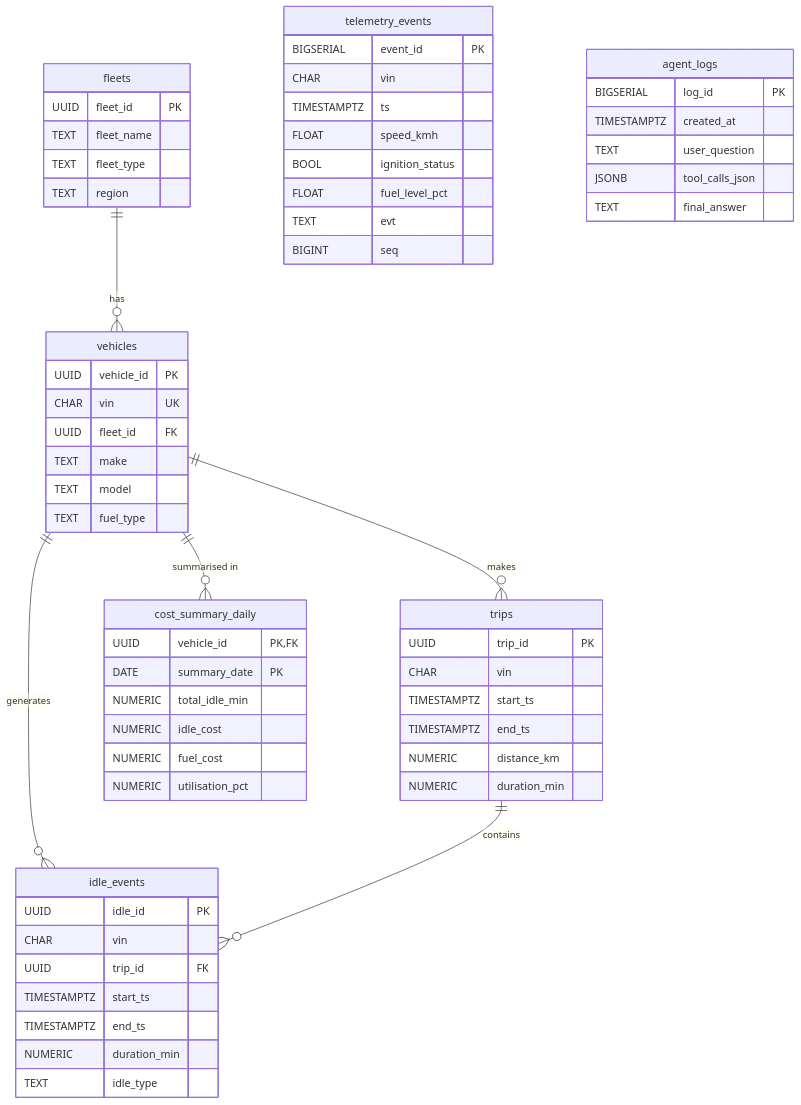
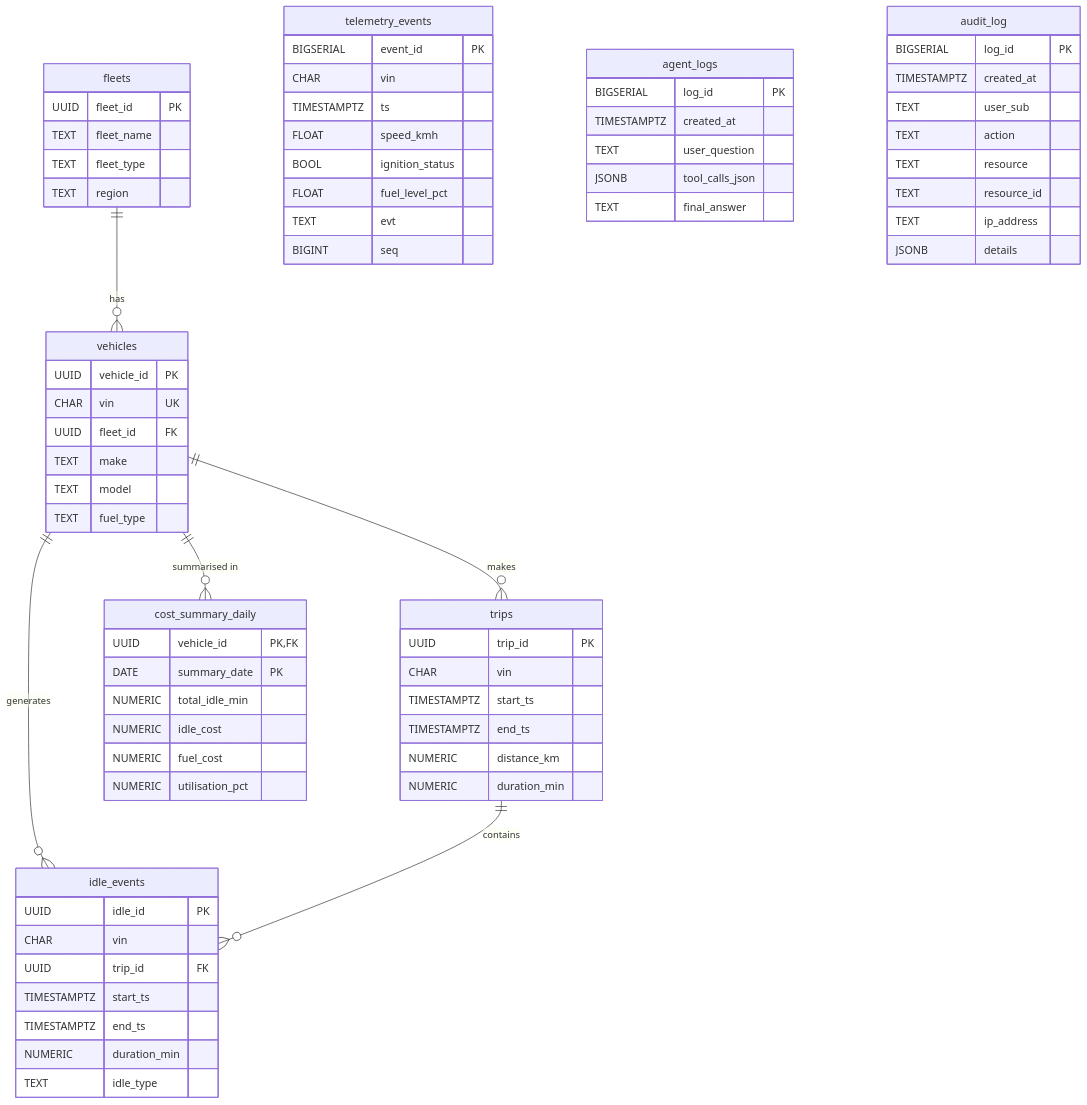
Before and after one commit to KT2006/Motorq-Hackathon: the fourth of 7 diagrams in docs/architecture.md, drawn with Mermaid. The commit also changed other lines of this file and 11 other files, not shown here.

Commit message:
Phase 2-6: smoke test, ADRs, security docs, K8s+Terraform, test coverage, architecture diagrams

````diff
--- a/docs/architecture.md
+++ b/docs/architecture.md
@@ -85,65 +85,75 @@
 ```mermaid
 erDiagram
     fleets {
         UUID fleet_id PK
         TEXT fleet_name
         TEXT fleet_type
         TEXT region
     }
     vehicles {
         UUID vehicle_id PK
         CHAR vin UK
         UUID fleet_id FK
         TEXT make
         TEXT model
         TEXT fuel_type
     }
     telemetry_events {
         BIGSERIAL event_id PK
         CHAR vin
         TIMESTAMPTZ ts
         FLOAT speed_kmh
         BOOL ignition_status
         FLOAT fuel_level_pct
         TEXT evt
         BIGINT seq
     }
     trips {
         UUID trip_id PK
         CHAR vin
         TIMESTAMPTZ start_ts
         TIMESTAMPTZ end_ts
         NUMERIC distance_km
         NUMERIC duration_min
     }
     idle_events {
         UUID idle_id PK
         CHAR vin
         UUID trip_id FK
         TIMESTAMPTZ start_ts
         TIMESTAMPTZ end_ts
         NUMERIC duration_min
         TEXT idle_type
     }
     cost_summary_daily {
         UUID vehicle_id PK,FK
         DATE summary_date PK
         NUMERIC total_idle_min
         NUMERIC idle_cost
         NUMERIC fuel_cost
         NUMERIC utilisation_pct
     }
     agent_logs {
         BIGSERIAL log_id PK
         TIMESTAMPTZ created_at
         TEXT user_question
         JSONB tool_calls_json
         TEXT final_answer
     }
+    audit_log {
+        BIGSERIAL log_id PK
+        TIMESTAMPTZ created_at
+        TEXT user_sub
+        TEXT action
+        TEXT resource
+        TEXT resource_id
+        TEXT ip_address
+        JSONB details
+    }
 
     fleets ||--o{ vehicles : "has"
     vehicles ||--o{ trips : "makes"
     vehicles ||--o{ idle_events : "generates"
     vehicles ||--o{ cost_summary_daily : "summarised in"
     trips ||--o{ idle_events : "contains"
 ```
````
